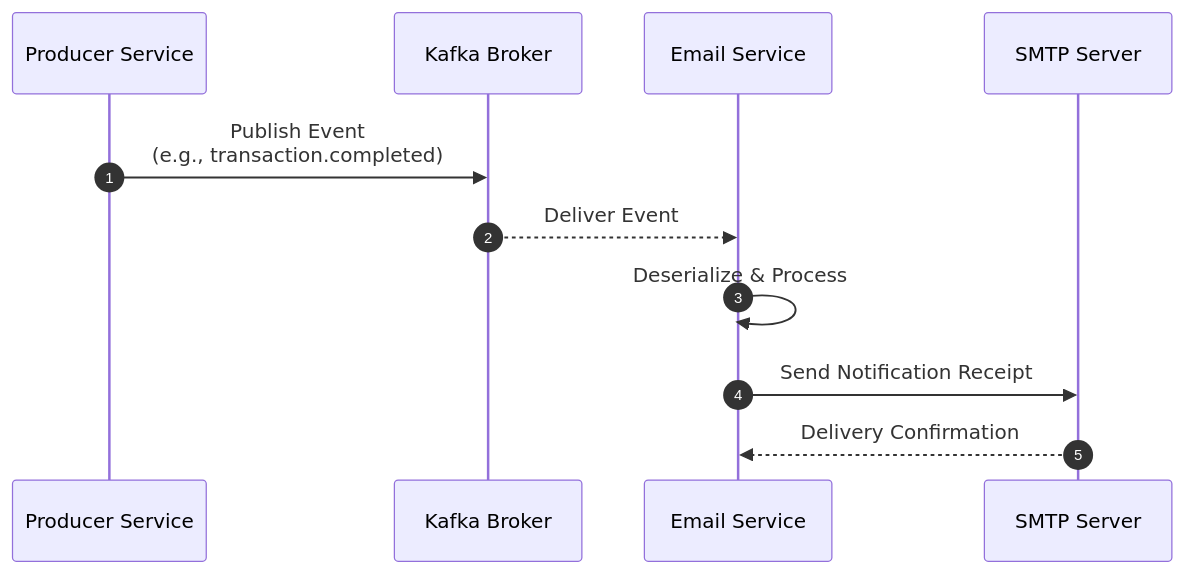
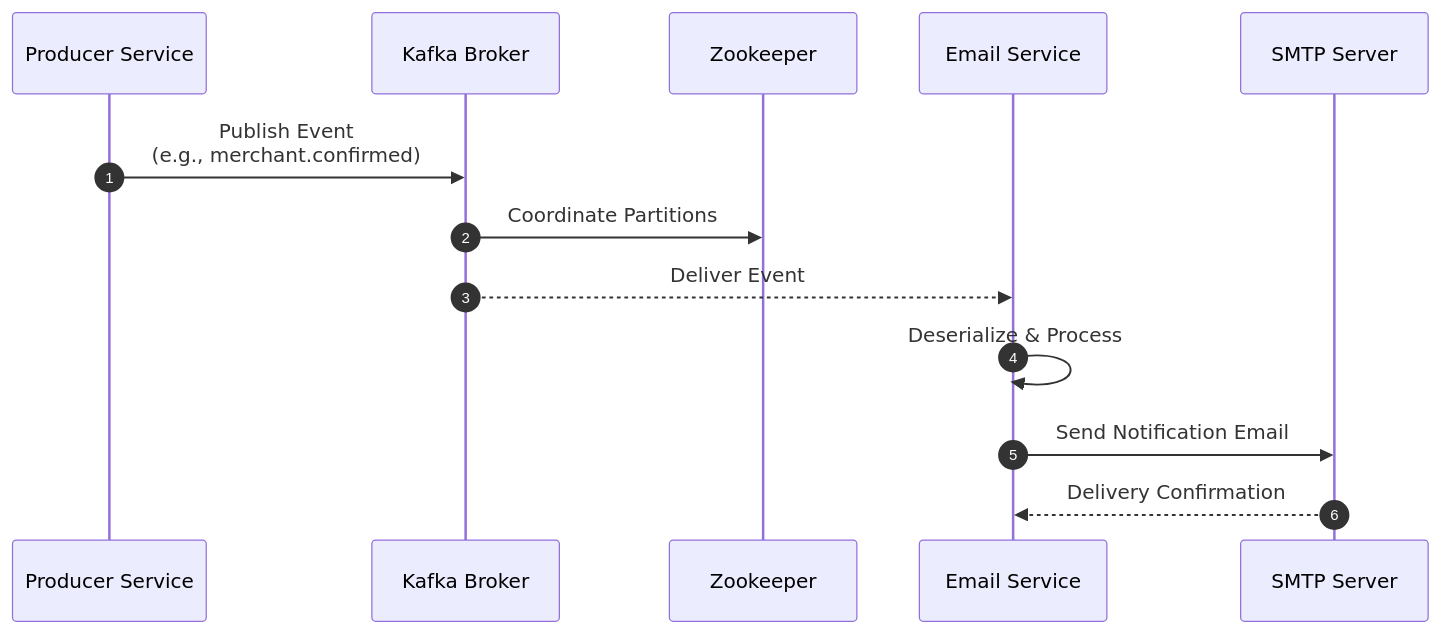
Before and after one commit to MamangRust/monolith-graphql-pointofsale-grpc: the fifth of 8 diagrams in README.md, drawn with Mermaid. The commit also changed other lines of this file, not shown here.

Commit message:
docs: update README with refined service architecture, infrastructure stack, and updated mermaid diagrams

````diff
--- a/README.md
+++ b/README.md
@@ -290,14 +288,16 @@
 ```mermaid
 sequenceDiagram
     autonumber
     participant SVC as Producer Service
     participant K as Kafka Broker
+    participant ZK as Zookeeper
     participant EMAIL as Email Service
     participant SMTP as SMTP Server
 
-    SVC->>K: Publish Event<br/>(e.g., transaction.completed)
+    SVC->>K: Publish Event<br/>(e.g., merchant.confirmed)
+    K->>ZK: Coordinate Partitions
     K-->>EMAIL: Deliver Event
     EMAIL->>EMAIL: Deserialize & Process
-    EMAIL->>SMTP: Send Notification Receipt
+    EMAIL->>SMTP: Send Notification Email
     SMTP-->>EMAIL: Delivery Confirmation
 ```
````
